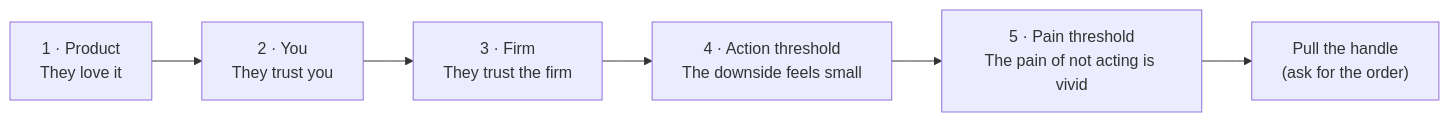
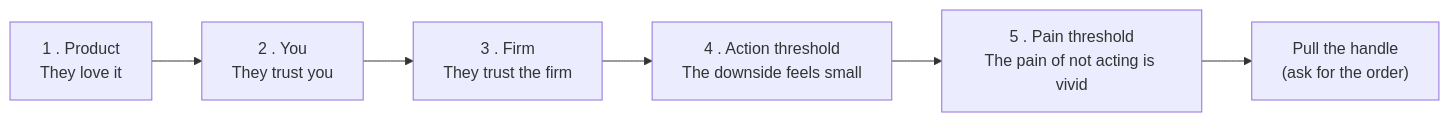
Before and after one commit to leotansingapore/aia-product-compass-hub: the second of 3 diagrams in docs/first-60-days/week-10/day-59.md, drawn with Mermaid. The commit also changed other lines of this file and 75 other files, not shown here.

````diff
--- a/docs/first-60-days/week-10/day-59.md
+++ b/docs/first-60-days/week-10/day-59.md
@@ -140,8 +140,8 @@
 ```mermaid
 flowchart LR
-    N1["1 · Product<br/>They love it"] --> N2["2 · You<br/>They trust you"]
-    N2 --> N3["3 · Firm<br/>They trust the firm"]
-    N3 --> N4["4 · Action threshold<br/>The downside feels small"]
-    N4 --> N5["5 · Pain threshold<br/>The pain of not acting is vivid"]
+    N1["1 . Product<br/>They love it"] --> N2["2 . You<br/>They trust you"]
+    N2 --> N3["3 . Firm<br/>They trust the firm"]
+    N3 --> N4["4 . Action threshold<br/>The downside feels small"]
+    N4 --> N5["5 . Pain threshold<br/>The pain of not acting is vivid"]
     N5 --> H["Pull the handle<br/>(ask for the order)"]
 ```
````
